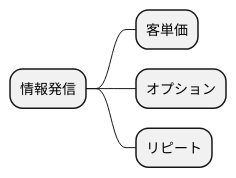
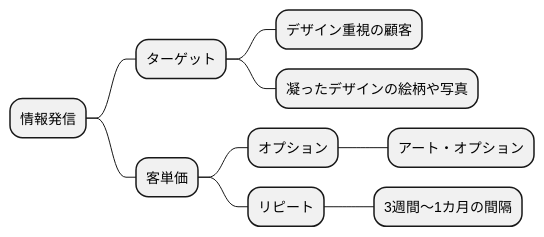
Before and after one commit to k2works/requirements_definition_excercise: the seventh of 11 diagrams in docs/R01/study/study_2_take01.md, drawn with PlantUML. The commit also changed other lines of this file, not shown here.

````diff
--- a/docs/R01/study/study_2_take01.md
+++ b/docs/R01/study/study_2_take01.md
@@ -207,10 +207,15 @@
 ```plantuml
 @startmindmap
 
 * 情報発信
+** ターゲット
+*** デザイン重視の顧客
+*** 凝ったデザインの絵柄や写真
 ** 客単価
-** オプション
-** リピート
+*** オプション
+**** アート・オプション
+*** リピート
+**** 3週間～1カ月の間隔
 
 @endmindmap
 ```
````
